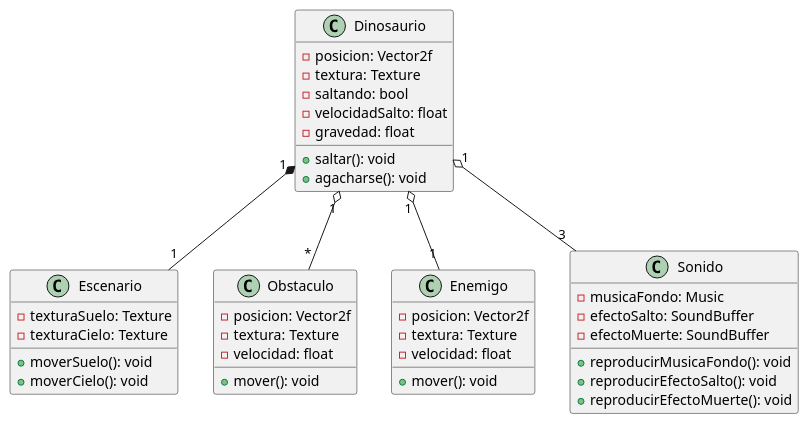
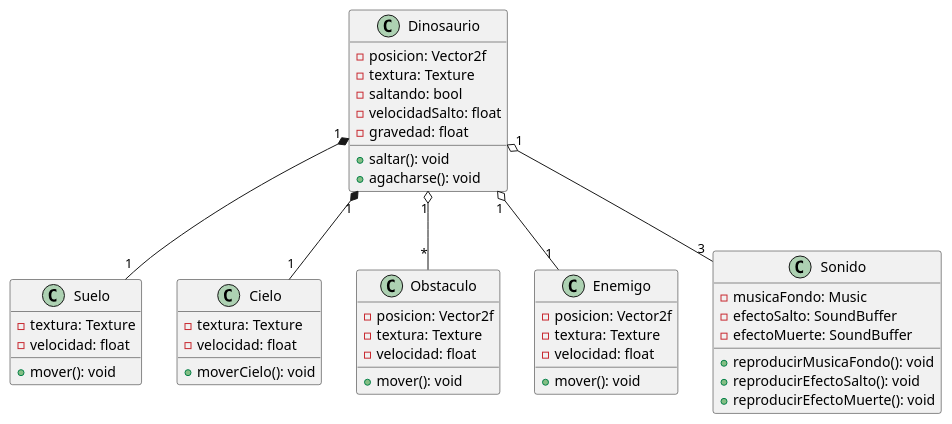
The diagram in docs/diagrama.puml (BENITEZ220/Proyecto), drawn with PlantUML before and after one commit. The commit also changed 9 other files, not shown here.

```diff
--- a/docs/diagrama.puml
+++ b/docs/diagrama.puml
@@ -1,48 +1,56 @@
 @startuml GameStructureDiagram
 
 class Dinosaurio {
     - posicion: Vector2f
     - textura: Texture
     - saltando: bool
     - velocidadSalto: float
     - gravedad: float
     + saltar(): void
     + agacharse(): void
 }
 
-class Escenario {
-    - texturaSuelo: Texture
-    - texturaCielo: Texture
-    + moverSuelo(): void
+
+class Suelo{
+    - textura: Texture
+    - velocidad: float
+    + mover(): void
+}
+
+class Cielo{
+    - textura: Texture
+    - velocidad: float
     + moverCielo(): void
 }
 
 class Obstaculo {
     - posicion: Vector2f
     - textura: Texture
     - velocidad: float
     + mover(): void
 }
 
 class Enemigo {
     - posicion: Vector2f
     - textura: Texture
     - velocidad: float
     + mover(): void
 }
 
 class Sonido {
     - musicaFondo: Music
     - efectoSalto: SoundBuffer
     - efectoMuerte: SoundBuffer
     + reproducirMusicaFondo(): void
     + reproducirEfectoSalto(): void
     + reproducirEfectoMuerte(): void
 }
 
 Dinosaurio "1" o-- "*" Obstaculo
 Dinosaurio "1" o-- "1" Enemigo
-Dinosaurio "1" *-- "1" Escenario
+Dinosaurio "1" *-- "1" Cielo
+Dinosaurio "1" *-- "1" Suelo
 Dinosaurio "1" o-- "3" Sonido
 
+
 @enduml
```
